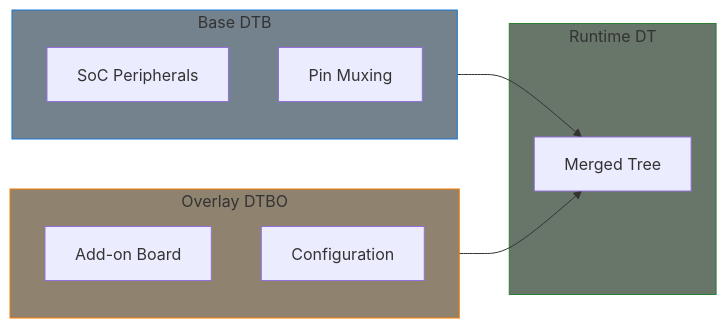
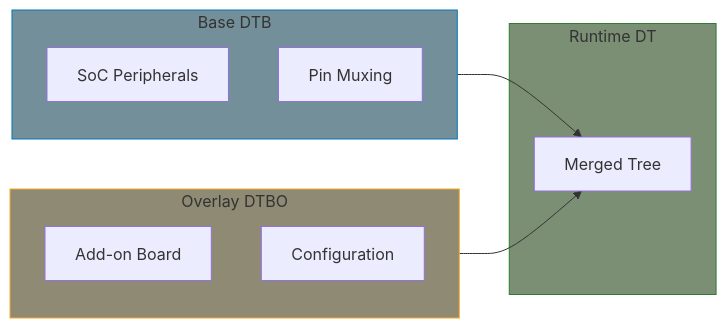
Before and after one commit to MichaelTien8901/linux-driver-guide-tutorial: the first of 2 diagrams in part8/06-overlays.md, drawn with Mermaid. The commit also changed 36 other files, not shown here.

Commit message:
Fix mermaid diagram colors to use consistent paper-like theme

````diff
--- a/part8/06-overlays.md
+++ b/part8/06-overlays.md
@@ -14,23 +14,23 @@
 ```mermaid
 flowchart LR
     subgraph Base["Base DTB"]
         CORE[SoC Peripherals]
         PINS[Pin Muxing]
     end
 
     subgraph Overlay["Overlay DTBO"]
         ADD[Add-on Board]
         CONF[Configuration]
     end
 
     subgraph Result["Runtime DT"]
         MERGED[Merged Tree]
     end
 
     Base --> MERGED
     Overlay --> MERGED
 
-    style Base fill:#73828d,stroke:#1976d2
-    style Overlay fill:#8f8370,stroke:#f57c00
-    style Result fill:#687669,stroke:#2e7d32
+    style Base fill:#738f99,stroke:#0277bd
+    style Overlay fill:#8f8a73,stroke:#f9a825
+    style Result fill:#7a8f73,stroke:#2e7d32
 ```
````
